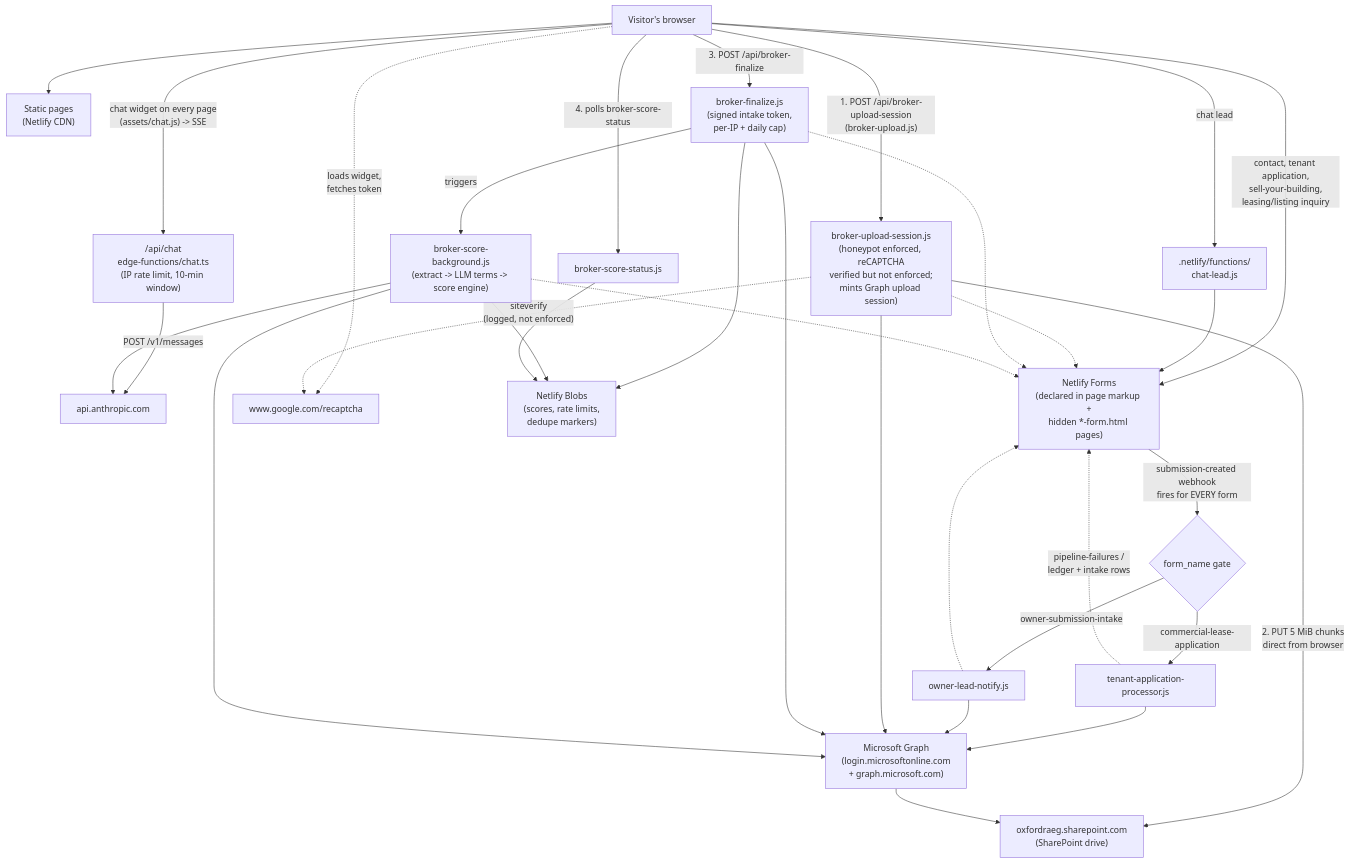
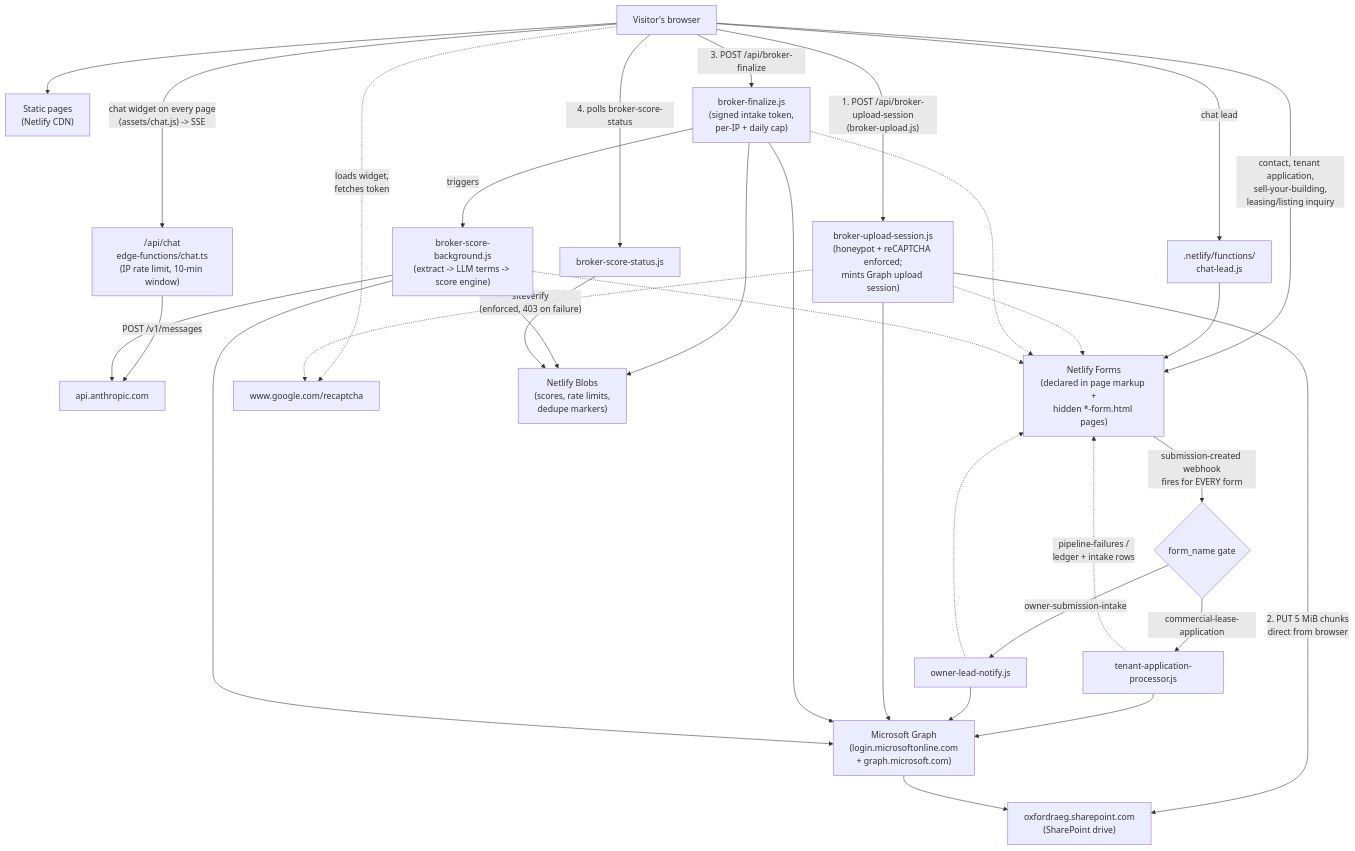
One commit to ZeOoba/Website changed the third of 3 diagrams in README.md. Above: the diagram before and after it, drawn with Mermaid. The commit also changed other lines of this file and 6 other files, not shown here.

````diff
--- a/README.md
+++ b/README.md
@@ -70,43 +70,43 @@
 ```mermaid
 flowchart TD
     Visitor["Visitor's browser"]
     Visitor --> Static["Static pages\n(Netlify CDN)"]
 
     Visitor -->|"chat widget on every page\n(assets/chat.js) -> SSE"| ChatEdge["/api/chat\nedge-functions/chat.ts\n(IP rate limit, 10-min window)"]
     ChatEdge -->|"POST /v1/messages"| Anthropic["api.anthropic.com"]
     Visitor -->|"chat lead"| ChatLead[".netlify/functions/\nchat-lead.js"]
 
     Visitor -->|"contact, tenant application,\nsell-your-building,\nleasing/listing inquiry"| Forms["Netlify Forms\n(declared in page markup +\nhidden *-form.html pages)"]
     ChatLead --> Forms
 
     Forms -->|"submission-created webhook\nfires for EVERY form"| Gate{"form_name gate"}
     Gate -->|"commercial-lease-application"| TenantFn["tenant-application-processor.js"]
     Gate -->|"owner-submission-intake"| OwnerFn["owner-lead-notify.js"]
 
-    Visitor -->|"1. POST /api/broker-upload-session\n(broker-upload.js)"| Sess["broker-upload-session.js\n(honeypot enforced, reCAPTCHA\nverified but not enforced;\nmints Graph upload session)"]
+    Visitor -->|"1. POST /api/broker-upload-session\n(broker-upload.js)"| Sess["broker-upload-session.js\n(honeypot + reCAPTCHA enforced;\nmints Graph upload session)"]
     Sess -->|"2. PUT 5 MiB chunks\ndirect from browser"| SP["oxfordraeg.sharepoint.com\n(SharePoint drive)"]
     Visitor -->|"3. POST /api/broker-finalize"| Fin["broker-finalize.js\n(signed intake token,\nper-IP + daily cap)"]
     Fin -->|"triggers"| Score["broker-score-background.js\n(extract -> LLM terms -> score engine)"]
     Score --> Anthropic
     Visitor -->|"4. polls broker-score-status"| Status["broker-score-status.js"]
 
     Visitor -.->|"loads widget,\nfetches token"| Recaptcha["www.google.com/recaptcha"]
-    Sess -.->|"siteverify\n(logged, not enforced)"| Recaptcha
+    Sess -.->|"siteverify\n(enforced, 403 on failure)"| Recaptcha
 
     Fin --> Blobs["Netlify Blobs\n(scores, rate limits,\ndedupe markers)"]
     Score --> Blobs
     Status --> Blobs
 
     TenantFn --> Graph["Microsoft Graph\n(login.microsoftonline.com\n+ graph.microsoft.com)"]
     OwnerFn --> Graph
     Sess --> Graph
     Fin --> Graph
     Score --> Graph
     Graph --> SP
 
     TenantFn -.->|"pipeline-failures /\nledger + intake rows"| Forms
     OwnerFn -.-> Forms
     Sess -.-> Forms
     Fin -.-> Forms
     Score -.-> Forms
 ```
````
